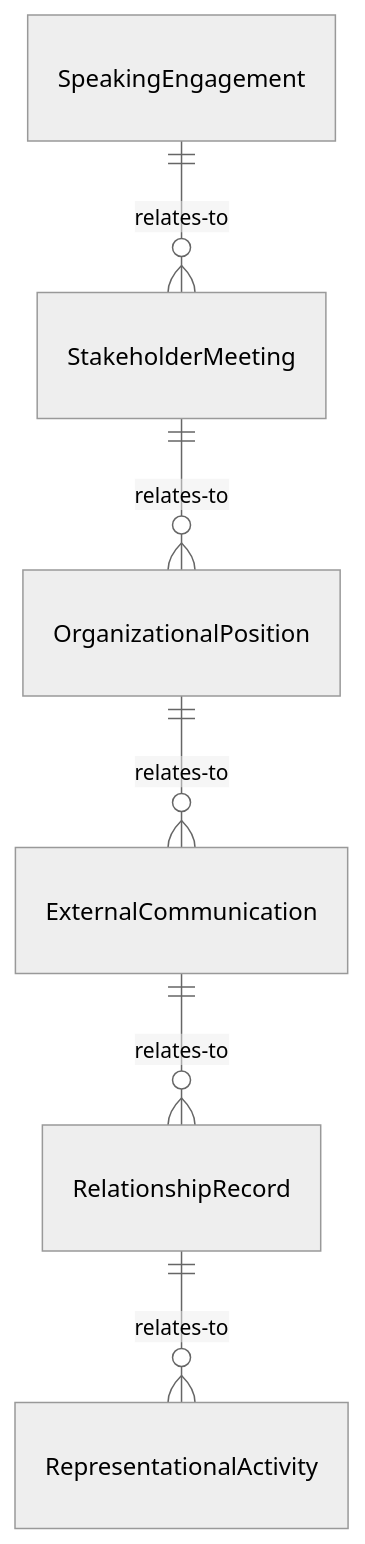
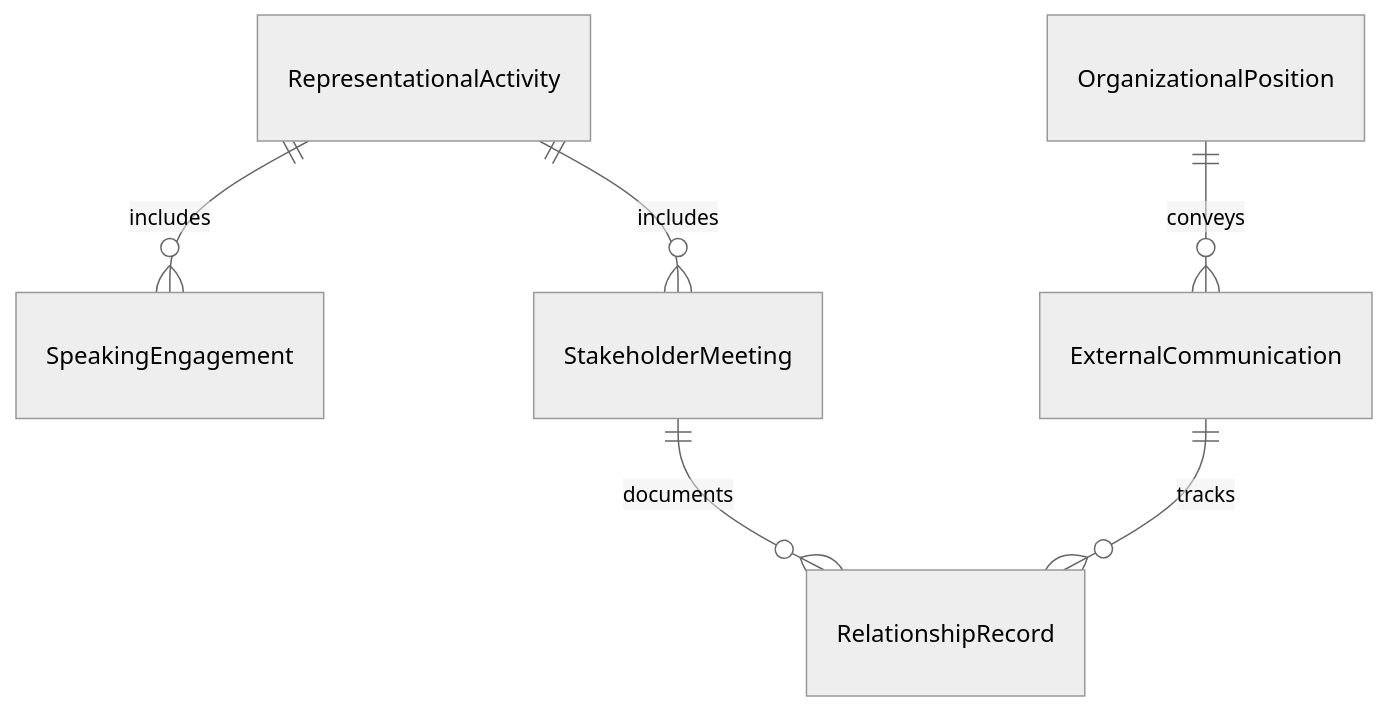
Before and after one commit to dot-org-ai/tasks.org.ai: the first of 4 diagrams in CommunicatingWithSupervisorsPeersOrSubordinates/CoordinateActivitiesWithClientsAgenciesOrOrganizations/RepresentOrganizationExternalRelations.mdx, drawn with Mermaid (neutral theme). The commit also changed other lines of this file and 515 other files, not shown here.

````diff
--- a/CommunicatingWithSupervisorsPeersOrSubordinates/CoordinateActivitiesWithClientsAgenciesOrOrganizations/RepresentOrganizationExternalRelations.mdx
+++ b/CommunicatingWithSupervisorsPeersOrSubordinates/CoordinateActivitiesWithClientsAgenciesOrOrganizations/RepresentOrganizationExternalRelations.mdx
@@ -89,8 +89,8 @@
 ```mermaid
 erDiagram
-    SpeakingEngagement ||--o{ StakeholderMeeting : relates-to
-    StakeholderMeeting ||--o{ OrganizationalPosition : relates-to
-    OrganizationalPosition ||--o{ ExternalCommunication : relates-to
-    ExternalCommunication ||--o{ RelationshipRecord : relates-to
-    RelationshipRecord ||--o{ RepresentationalActivity : relates-to
+    RepresentationalActivity ||--o{ SpeakingEngagement : includes
+    RepresentationalActivity ||--o{ StakeholderMeeting : includes
+    OrganizationalPosition ||--o{ ExternalCommunication : conveys
+    StakeholderMeeting ||--o{ RelationshipRecord : documents
+    ExternalCommunication ||--o{ RelationshipRecord : tracks
 ```
````
